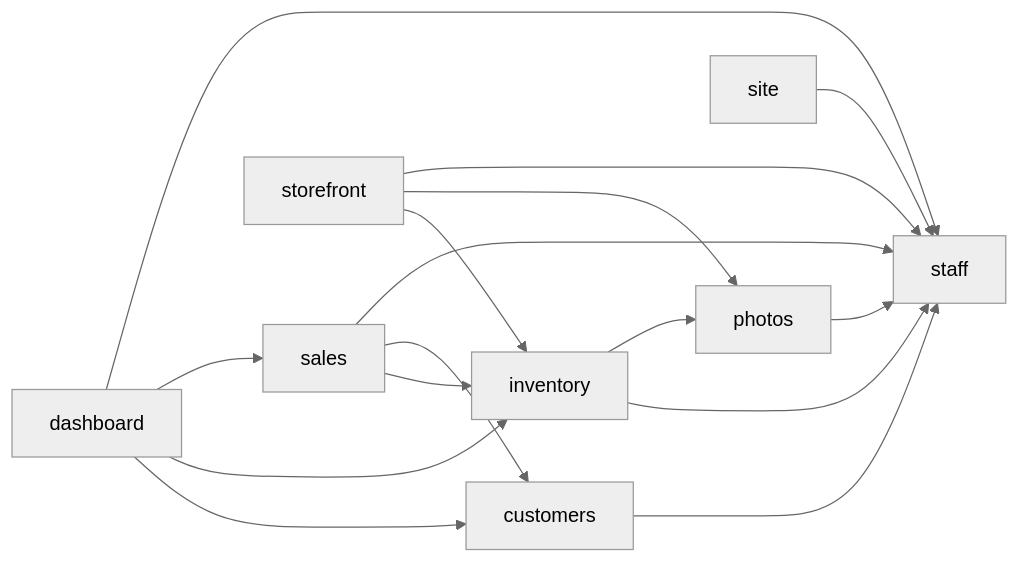
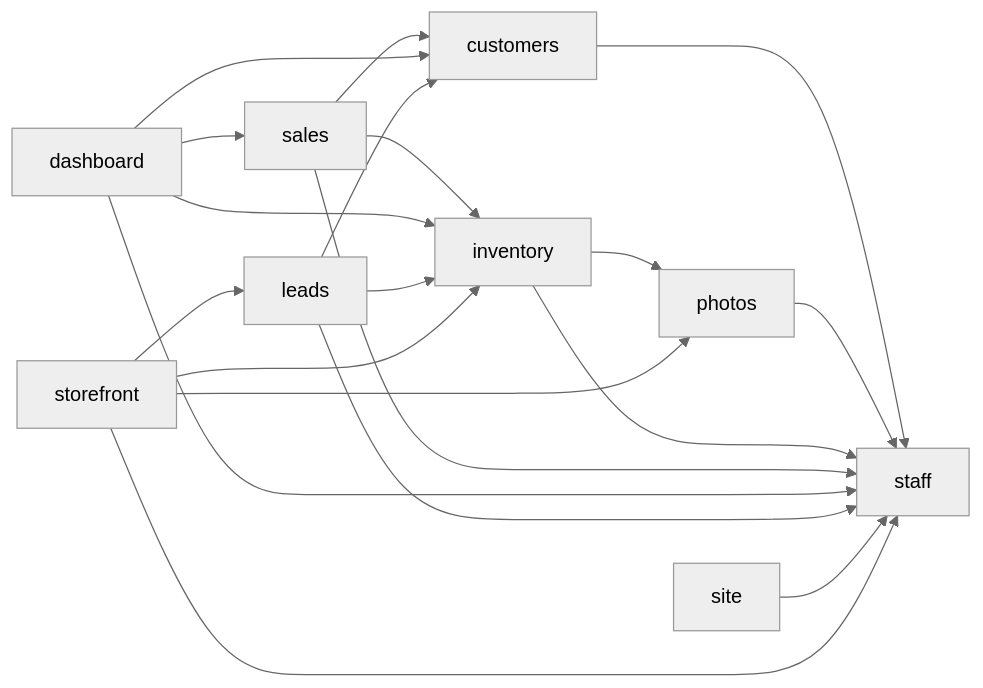
Before and after one commit to Ignibyte/aic-demo: the diagram in docs/wiki/README.md, drawn with Mermaid (neutral theme). The commit also changed other lines of this file and 85 other files, not shown here.

````diff
--- a/docs/wiki/README.md
+++ b/docs/wiki/README.md
@@ -68,19 +70,23 @@
 ```mermaid
 graph LR
     staff
     customers --> staff
     photos --> staff
     inventory --> staff
     inventory --> photos
     sales --> inventory
     sales --> customers
     sales --> staff
     dashboard --> customers
     dashboard --> inventory
     dashboard --> sales
     dashboard --> staff
+    leads --> staff
+    leads --> inventory
+    leads --> customers
     site --> staff
     storefront --> inventory
     storefront --> photos
     storefront --> staff
+    storefront --> leads
 ```
````
